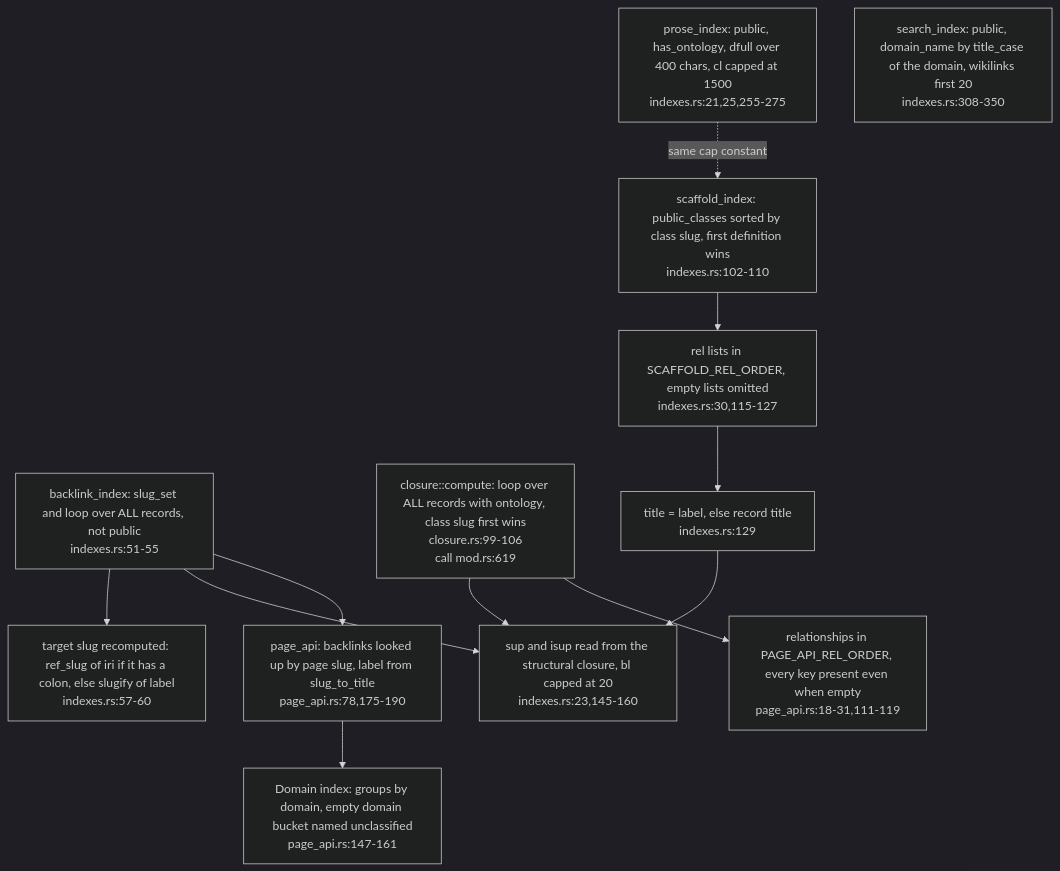
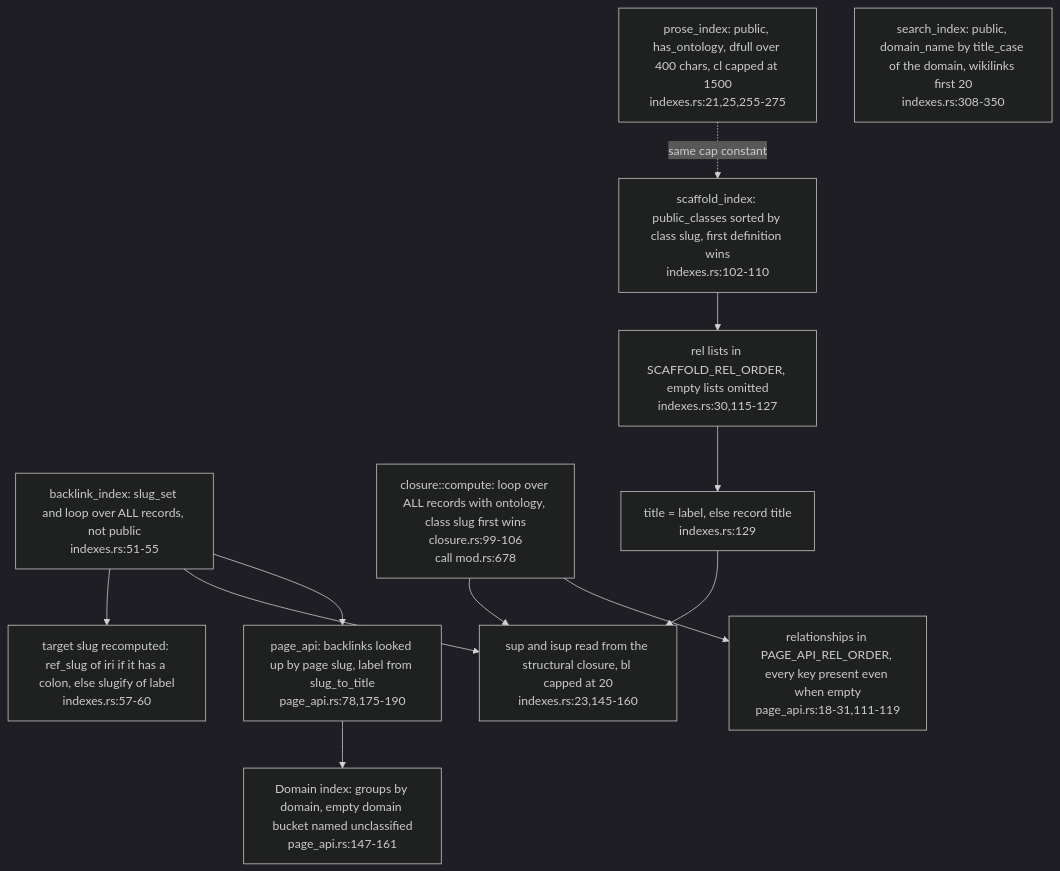
One commit to DreamLab-AI/VisionFlow changed the fifth of 7 diagrams in docs/diagrams/ontomark/04-emitters-turtle-indexes-tiers-and-contract-c3.md. Above: the diagram before and after it, drawn with Mermaid (dark theme). The commit also changed other lines of this file and 160 other files, not shown here.

````diff
--- a/docs/diagrams/ontomark/04-emitters-turtle-indexes-tiers-and-contract-c3.md
+++ b/docs/diagrams/ontomark/04-emitters-turtle-indexes-tiers-and-contract-c3.md
@@ -172,23 +180,23 @@
 ```mermaid
 flowchart TD
     BL["backlink_index: slug_set and loop over ALL records, not public<br/>indexes.rs:51-55"]
     BLSLUG["target slug recomputed: ref_slug of iri if it has a colon, else slugify of label<br/>indexes.rs:57-60"]
-    CLO["closure::compute: loop over ALL records with ontology, class slug first wins<br/>closure.rs:99-106<br/>call mod.rs:619"]
+    CLO["closure::compute: loop over ALL records with ontology, class slug first wins<br/>closure.rs:99-106<br/>call mod.rs:678"]
     SC["scaffold_index: public_classes sorted by class slug, first definition wins<br/>indexes.rs:102-110"]
     SCREL["rel lists in SCAFFOLD_REL_ORDER, empty lists omitted<br/>indexes.rs:30,115-127"]
     SCTITLE["title = label, else record title<br/>indexes.rs:129"]
     SCSUP["sup and isup read from the structural closure, bl capped at 20<br/>indexes.rs:23,145-160"]
     PR["prose_index: public, has_ontology, dfull over 400 chars, cl capped at 1500<br/>indexes.rs:21,25,255-275"]
     SE["search_index: public, domain_name by title_case of the domain, wikilinks first 20<br/>indexes.rs:308-350"]
     PGS["page_api: backlinks looked up by page slug, label from slug_to_title<br/>page_api.rs:78,175-190"]
     PGD["Domain index: groups by domain, empty domain bucket named unclassified<br/>page_api.rs:147-161"]
     PGREL["relationships in PAGE_API_REL_ORDER, every key present even when empty<br/>page_api.rs:18-31,111-119"]
     BL --> BLSLUG
     BL --> SCSUP
     BL --> PGS
     CLO --> SCSUP
     CLO --> PGREL
     SC --> SCREL --> SCTITLE --> SCSUP
     PR -. same cap constant .-> SC
     PGS --> PGD
 ```
````
